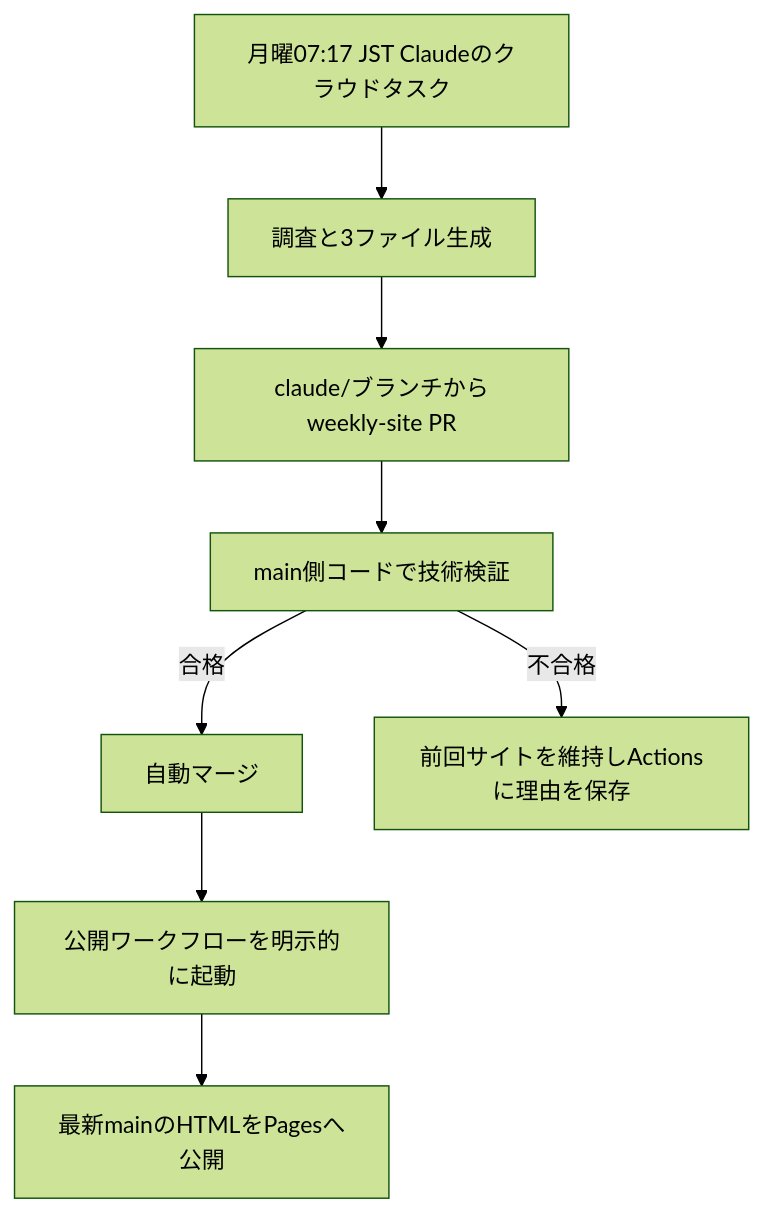
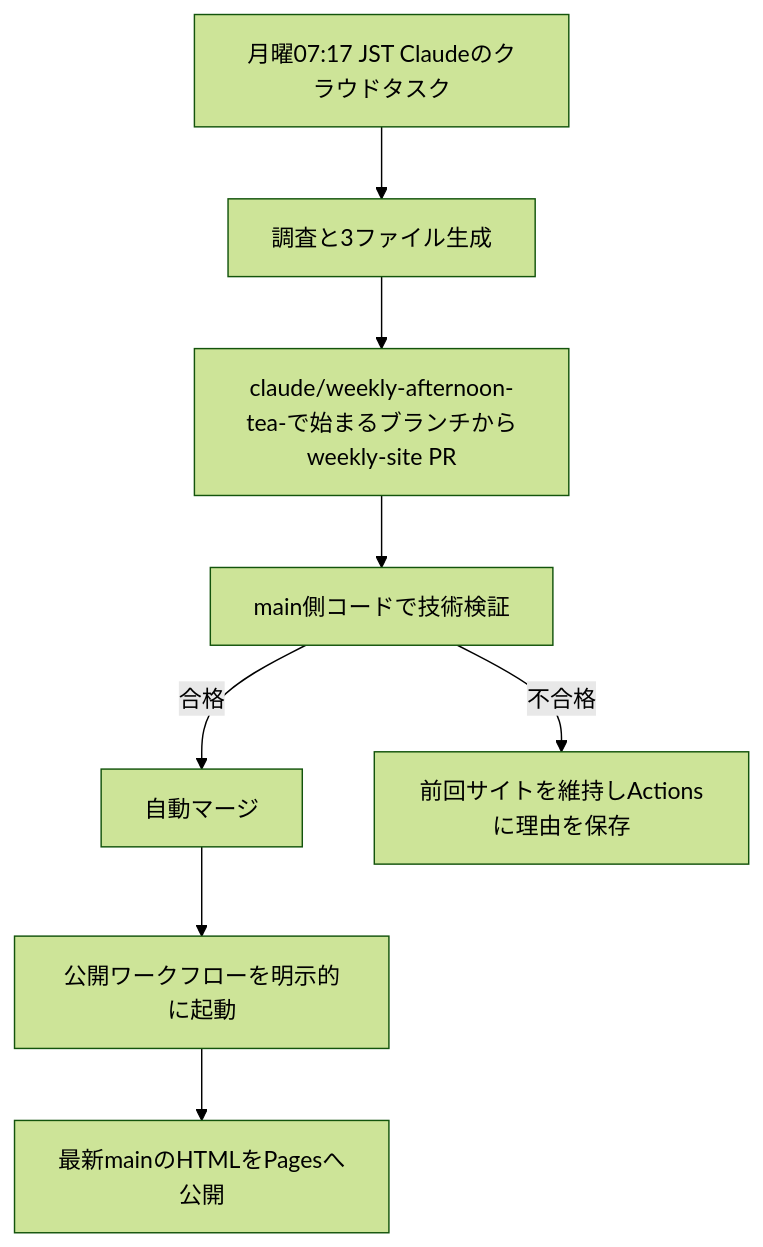
Before and after one commit to tsubasa0518/afternoon-tea: the diagram in developer_docs/weekly_automation.md, drawn with Mermaid (forest theme). The commit also changed other lines of this file and 10 other files, not shown here.

Commit message:
Consolidate weekly Claude PR automation and reuse deploy workflow

````diff
--- a/developer_docs/weekly_automation.md
+++ b/developer_docs/weekly_automation.md
@@ -5,10 +5,10 @@
 ```mermaid
 flowchart TD
   A[月曜07:17 JST Claudeのクラウドタスク] --> B[調査と3ファイル生成]
-  B --> C[claude/ブランチからweekly-site PR]
+  B --> C[claude/weekly-afternoon-tea-で始まるブランチからweekly-site PR]
   C --> D[main側コードで技術検証]
   D -->|合格| E[自動マージ]
   E --> F[公開ワークフローを明示的に起動]
   F --> G[最新mainのHTMLをPagesへ公開]
   D -->|不合格| H[前回サイトを維持しActionsに理由を保存]
 ```
````
